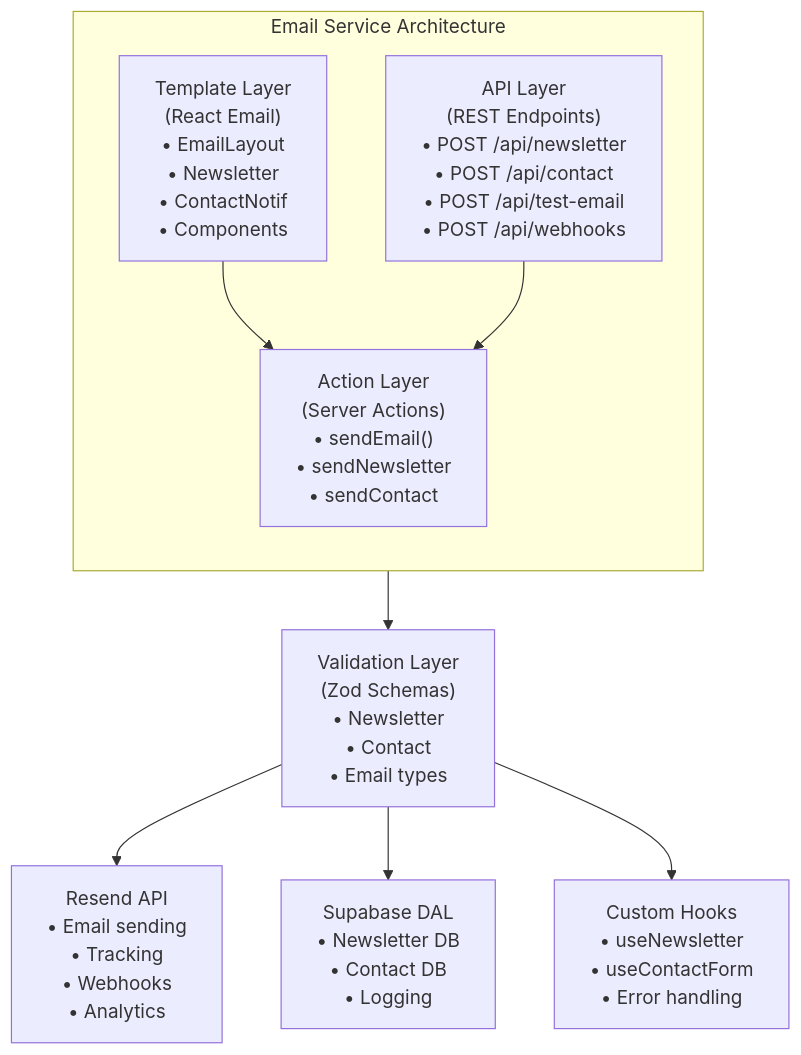
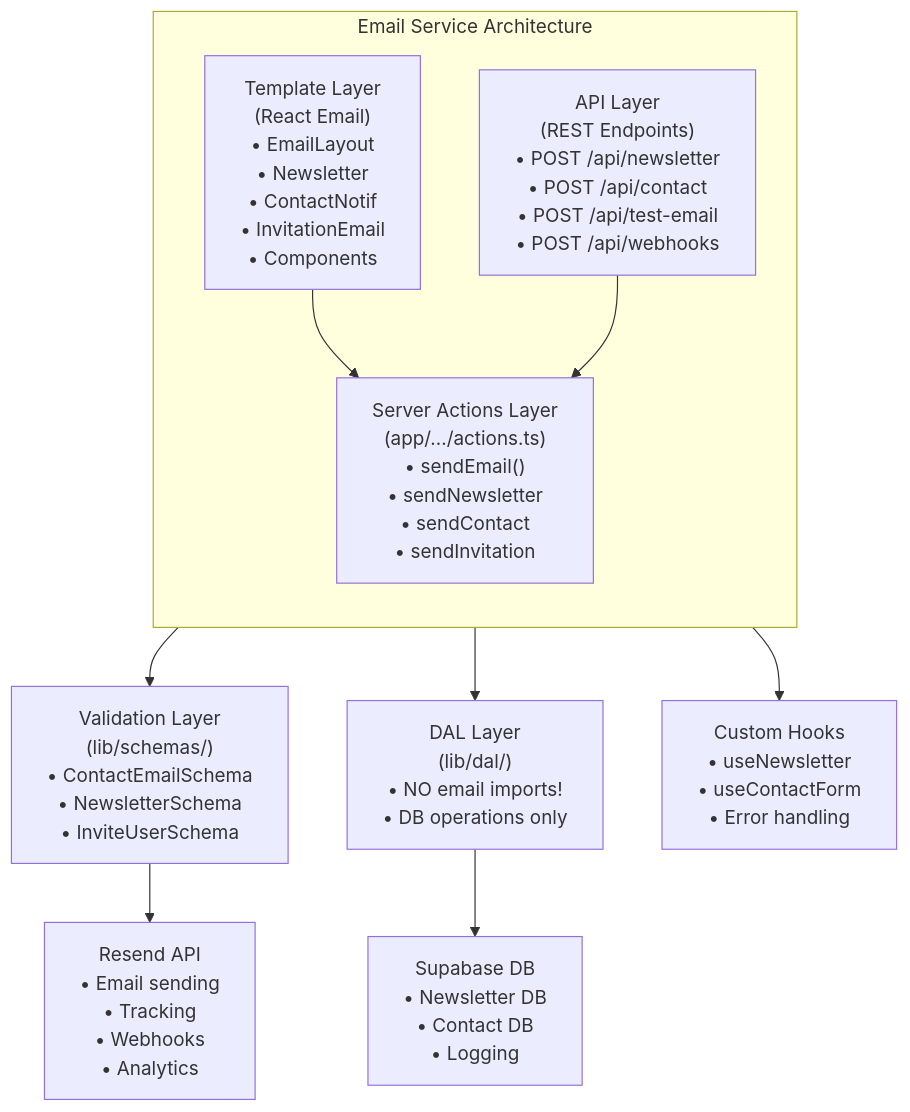
The diagram in memory-bank/architecture/Email_Service_Architecture.md (YanBerdin/rougecardinalcompany), drawn with Mermaid before and after one commit. The commit also changed other lines of this file and 6 other files, not shown here.

First line of the commit message:
docs(architecture): update Architecture and Email blueprints after SOLID refactoring

````diff
--- a/memory-bank/architecture/Email_Service_Architecture.md
+++ b/memory-bank/architecture/Email_Service_Architecture.md
@@ -27,18 +33,18 @@
 ```mermaid
 flowchart TD
   subgraph EmailService[Email Service Architecture]
     direction TB
-    Template["Template Layer\n(React Email)\n• EmailLayout\n• Newsletter\n• ContactNotif\n• Components"]
-    Action["Action Layer\n(Server Actions)\n• sendEmail()\n• sendNewsletter\n• sendContact"]
+    Template["Template Layer\n(React Email)\n• EmailLayout\n• Newsletter\n• ContactNotif\n• InvitationEmail\n• Components"]
+    ServerAction["Server Actions Layer\n(app/.../actions.ts)\n• sendEmail()\n• sendNewsletter\n• sendContact\n• sendInvitation"]
     API["API Layer\n(REST Endpoints)\n• POST /api/newsletter\n• POST /api/contact\n• POST /api/test-email\n• POST /api/webhooks"]
   end
 
-  Template --> Action
-  API --> Action
-  Action --> Validation["Validation Layer\n(Zod Schemas)\n• Newsletter\n• Contact\n• Email types"]
+  Template --> ServerAction
+  API --> ServerAction
+  ServerAction --> Validation["Validation Layer\n(lib/schemas/)\n• ContactEmailSchema\n• NewsletterSchema\n• InviteUserSchema"]
 
   Validation --> Resend["Resend API\n• Email sending\n• Tracking\n• Webhooks\n• Analytics"]
-  Validation --> SupabaseDAL["Supabase DAL\n• Newsletter DB\n• Contact DB\n• Logging"]
-  Validation --> Hooks["Custom Hooks\n• useNewsletter\n• useContactForm\n• Error handling"]
-
+  ServerAction --> DAL["DAL Layer\n(lib/dal/)\n• NO email imports!\n• DB operations only"]
+  DAL --> Supabase["Supabase DB\n• Newsletter DB\n• Contact DB\n• Logging"]
+  ServerAction --> Hooks["Custom Hooks\n• useNewsletter\n• useContactForm\n• Error handling"]
 ```
````
